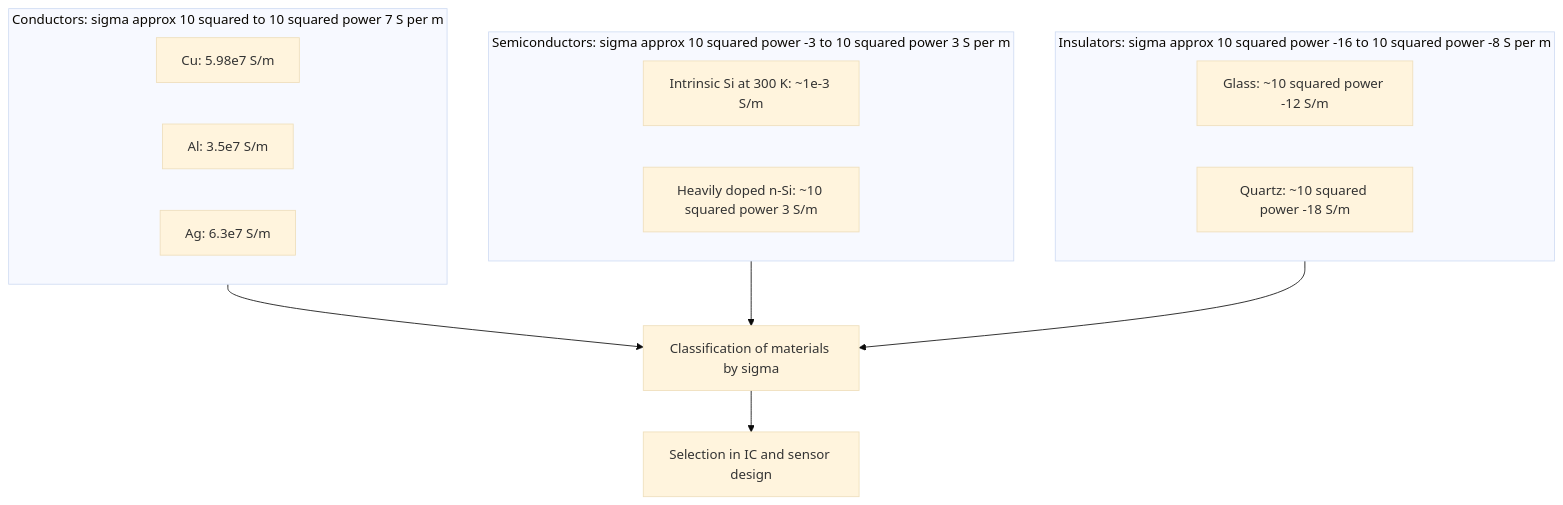
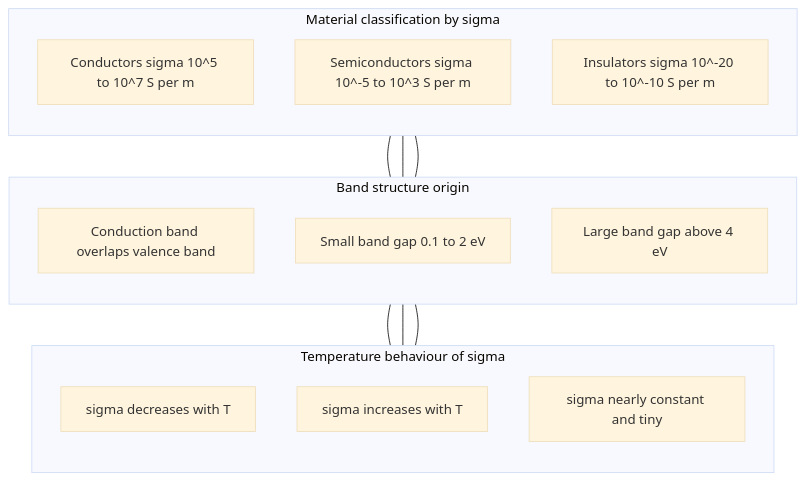
The third of 3 diagrams in public/notes/computer-science-and-engineering/semester-1/gapht121-physics-for-information-science/01-module-1-electrical-conductivity/electrical-conductivity/notes.md (vishnuu-kr/ktunode), drawn with Mermaid (base theme) before and after one commit. The commit also changed other lines of this file and 4829 other files, not shown here.

````diff
--- a/public/notes/computer-science-and-engineering/semester-1/gapht121-physics-for-information-science/01-module-1-electrical-conductivity/electrical-conductivity/notes.md
+++ b/public/notes/computer-science-and-engineering/semester-1/gapht121-physics-for-information-science/01-module-1-electrical-conductivity/electrical-conductivity/notes.md
@@ -380,23 +571,27 @@
 ```mermaid
 flowchart TB
-    subgraph CONDUCTORS[Conductors: sigma approx 10 squared to 10 squared power 7 S per m]
-        C1[Cu: 5.98e7 S/m]
-        C2[Al: 3.5e7 S/m]
-        C3[Ag: 6.3e7 S/m]
+    subgraph CLASS["Material classification by sigma"]
+        direction TB
+        C[Conductors sigma 10^5 to 10^7 S per m]
+        SC[Semiconductors sigma 10^-5 to 10^3 S per m]
+        I[Insulators sigma 10^-20 to 10^-10 S per m]
     end
 
-    subgraph SEMI[Semiconductors: sigma approx 10 squared power -3 to 10 squared power 3 S per m]
-        S1[Intrinsic Si at 300 K: ~1e-3 S/m]
-        S2[Heavily doped n-Si: ~10 squared power 3 S/m]
+    subgraph BAND["Band structure origin"]
+        direction TB
+        BC[Conduction band overlaps valence band]
+        BSC[Small band gap 0.1 to 2 eV]
+        BI[Large band gap above 4 eV]
     end
 
-    subgraph INSUL[Insulators: sigma approx 10 squared power -16 to 10 squared power -8 S per m]
-        D1[Glass: ~10 squared power -12 S/m]
-        D2[Quartz: ~10 squared power -18 S/m]
+    subgraph TDEP["Temperature behaviour of sigma"]
+        direction TB
+        TC[sigma decreases with T]
+        TSC[sigma increases with T]
+        TI[sigma nearly constant and tiny]
     end
 
-    CONDUCTORS --> REGIME[Classification of materials by sigma]
-    SEMI --> REGIME
-    INSUL --> REGIME
-    REGIME --> USE[Selection in IC and sensor design]
+    C --- BC --- TC
+    SC --- BSC --- TSC
+    I --- BI --- TI
 ```
````
